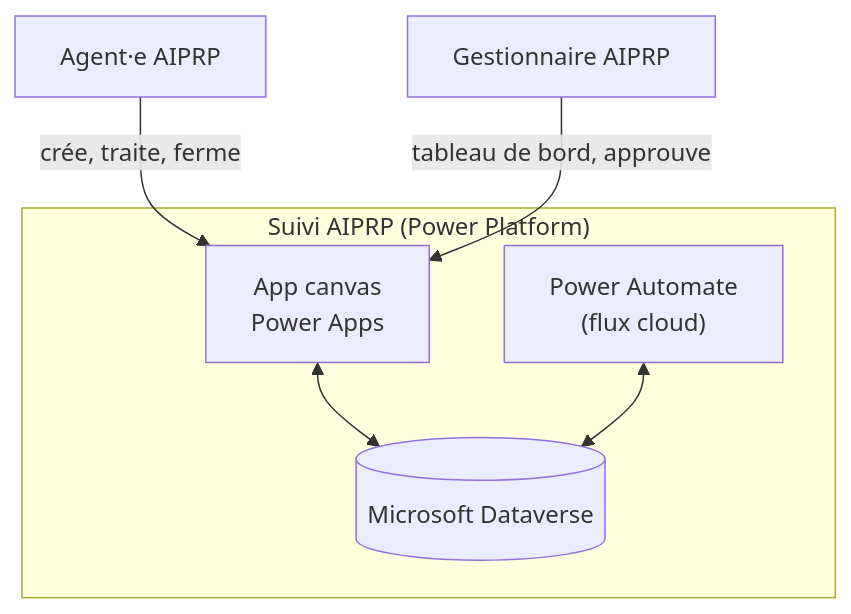
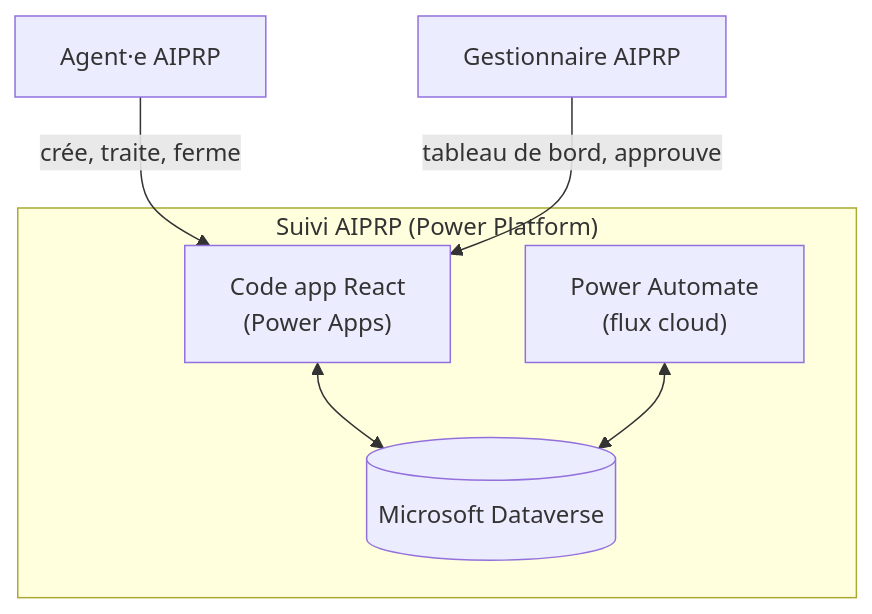
The diagram in README.md (itsGween/tracker-aiprp), drawn with Mermaid before and after one commit. The commit also changed other lines of this file and 16 other files, not shown here.

First line of the commit message:
refactor: pivot vers une Power Apps code app (React) au lieu du canvas

````diff
--- a/README.md
+++ b/README.md
@@ -32,16 +32,16 @@
 ```mermaid
 graph TD
     Agent["Agent·e AIPRP"]
     Gest["Gestionnaire AIPRP"]
 
     subgraph Systeme["Suivi AIPRP (Power Platform)"]
-        App["App canvas<br/>Power Apps"]
+        App["Code app React<br/>(Power Apps)"]
         DV[("Microsoft Dataverse")]
         PA["Power Automate<br/>(flux cloud)"]
     end
 
     Agent -->|"crée, traite, ferme"| App
     Gest -->|"tableau de bord, approuve"| App
     App <--> DV
     PA <--> DV
 ```
````
